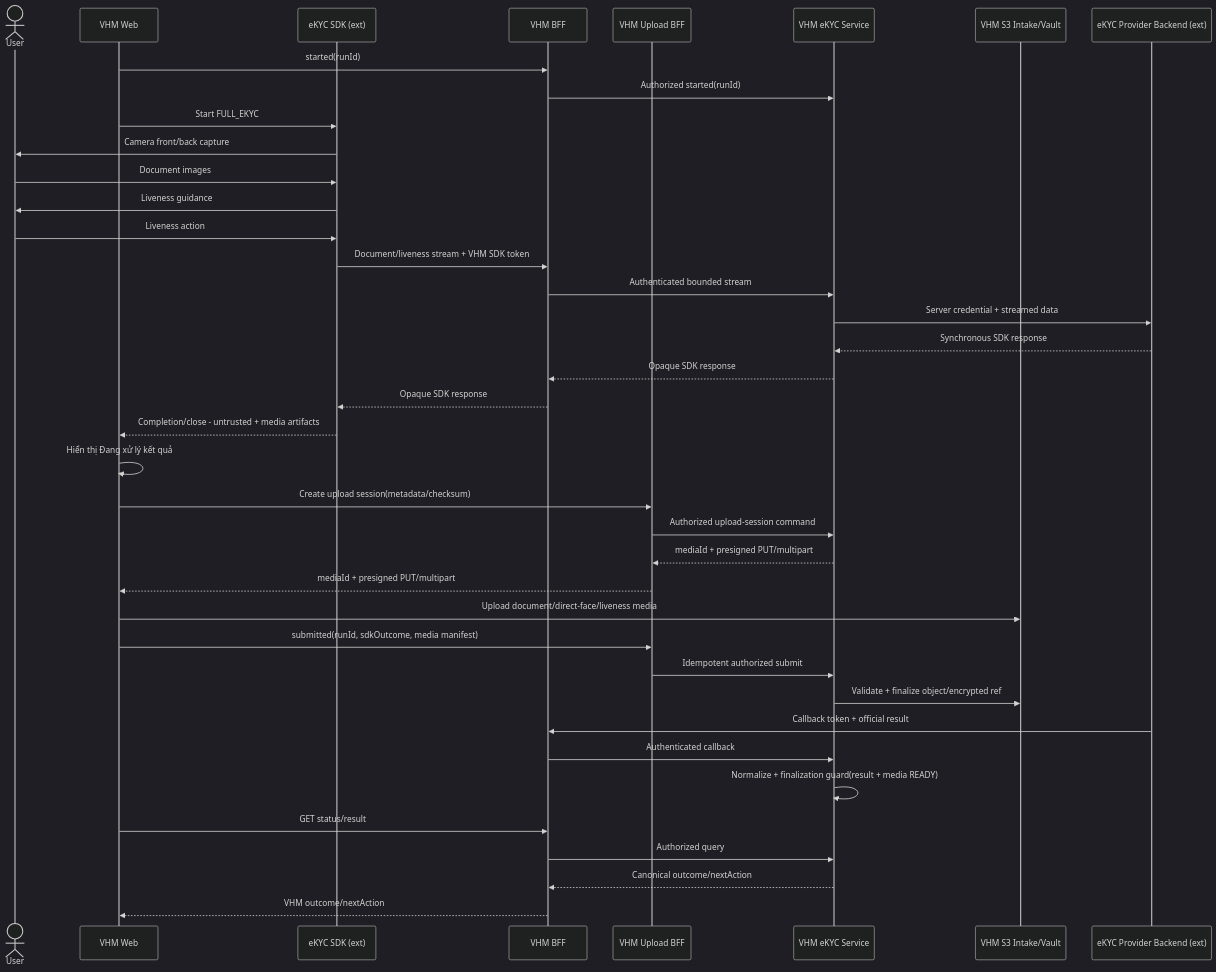
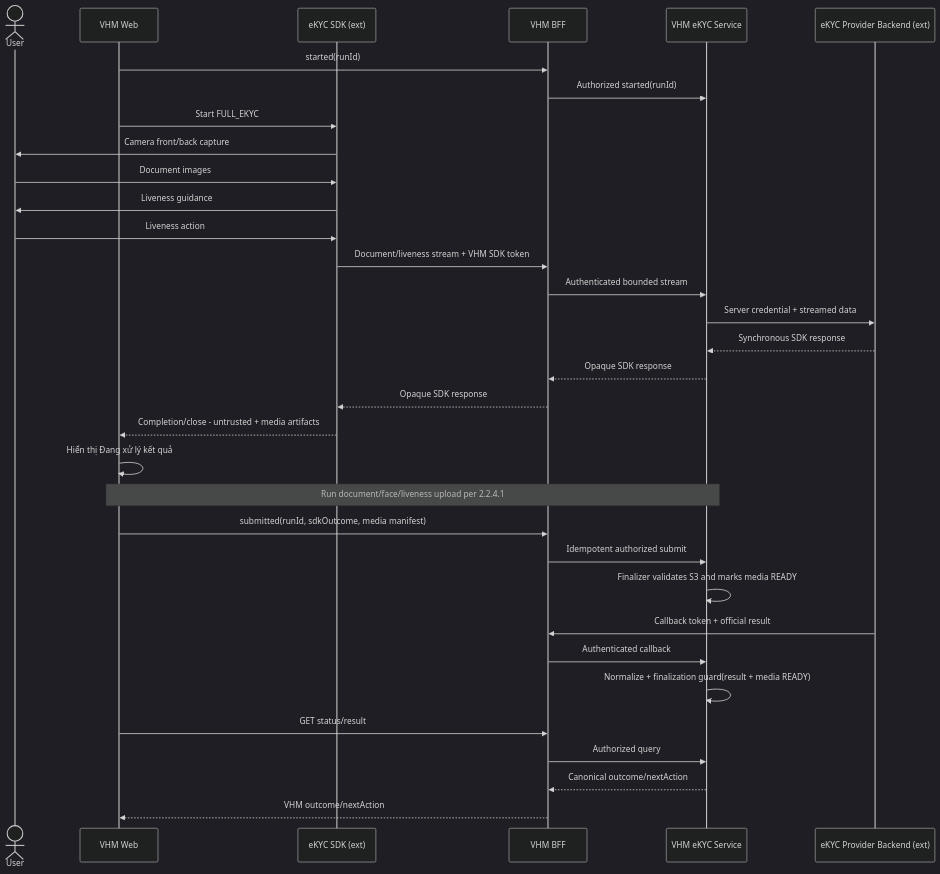
One commit to huynv-xyz/vhm changed diagram 14 of 19 in tdd2.md. Above: the diagram before and after it, drawn with Mermaid (dark theme). The commit also changed other lines of this file, not shown here.

````diff
--- a/tdd2.md
+++ b/tdd2.md
@@ -1367,41 +1284,35 @@
 ```mermaid
 sequenceDiagram
     actor User
     participant WEB as VHM Web
     participant SDK as eKYC SDK (ext)
     participant BFF as VHM BFF
-    participant UPLOAD_BFF as VHM Upload BFF
     participant EKYC_SERVICE as VHM eKYC Service
-    participant S3 as VHM S3 Intake/Vault
     participant BACKEND as eKYC Provider Backend (ext)
     WEB->>BFF: started(runId)
     BFF->>EKYC_SERVICE: Authorized started(runId)
     WEB->>SDK: Start FULL_EKYC
     SDK->>User: Camera front/back capture
     User->>SDK: Document images
     SDK->>User: Liveness guidance
     User->>SDK: Liveness action
     SDK->>BFF: Document/liveness stream + VHM SDK token
     BFF->>EKYC_SERVICE: Authenticated bounded stream
     EKYC_SERVICE->>BACKEND: Server credential + streamed data
     BACKEND-->>EKYC_SERVICE: Synchronous SDK response
     EKYC_SERVICE-->>BFF: Opaque SDK response
     BFF-->>SDK: Opaque SDK response
     SDK-->>WEB: Completion/close - untrusted + media artifacts
     WEB->>WEB: Hiển thị Đang xử lý kết quả
-    WEB->>UPLOAD_BFF: Create upload session(metadata/checksum)
-    UPLOAD_BFF->>EKYC_SERVICE: Authorized upload-session command
-    EKYC_SERVICE-->>UPLOAD_BFF: mediaId + presigned PUT/multipart
-    UPLOAD_BFF-->>WEB: mediaId + presigned PUT/multipart
-    WEB->>S3: Upload document/direct-face/liveness media
-    WEB->>UPLOAD_BFF: submitted(runId, sdkOutcome, media manifest)
-    UPLOAD_BFF->>EKYC_SERVICE: Idempotent authorized submit
-    EKYC_SERVICE->>S3: Validate + finalize object/encrypted ref
+    Note over WEB,EKYC_SERVICE: Run document/face/liveness upload per 2.2.4.1
+    WEB->>BFF: submitted(runId, sdkOutcome, media manifest)
+    BFF->>EKYC_SERVICE: Idempotent authorized submit
+    EKYC_SERVICE->>EKYC_SERVICE: Finalizer validates S3 and marks media READY
     BACKEND->>BFF: Callback token + official result
     BFF->>EKYC_SERVICE: Authenticated callback
     EKYC_SERVICE->>EKYC_SERVICE: Normalize + finalization guard(result + media READY)
     WEB->>BFF: GET status/result
     BFF->>EKYC_SERVICE: Authorized query
     EKYC_SERVICE-->>BFF: Canonical outcome/nextAction
     BFF-->>WEB: VHM outcome/nextAction
 ```
````
